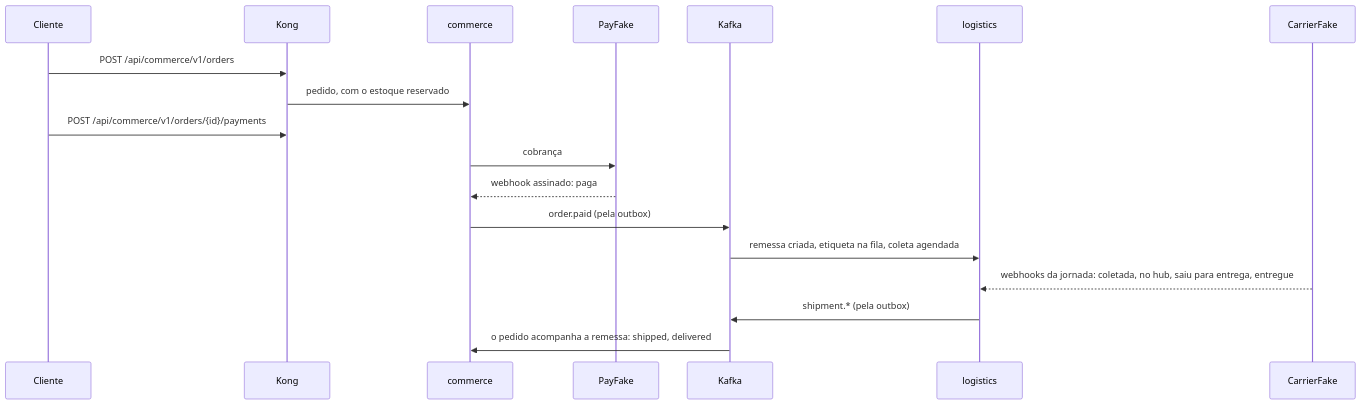
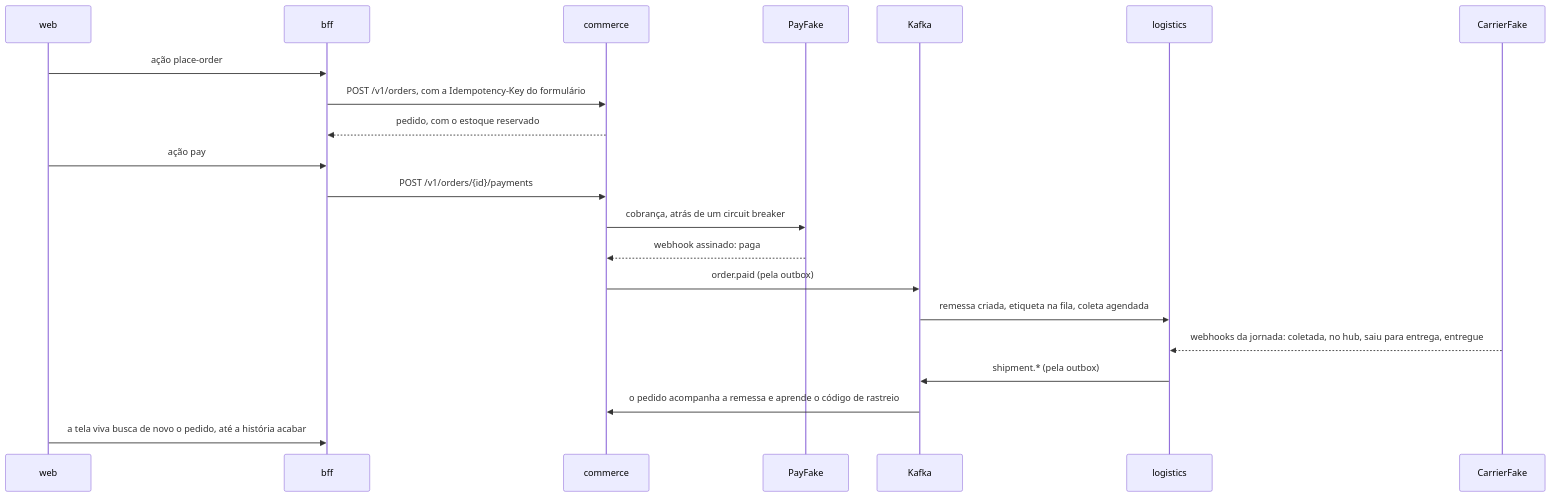
Before and after one commit to flaviotinococoutinho/Tucano_vibe_chaos: the diagram in README.md, drawn with Mermaid. The commit also changed other lines of this file and 15 other files, not shown here.

````diff
--- a/README.md
+++ b/README.md
@@ -40,20 +63,23 @@
 ```mermaid
 sequenceDiagram
-  participant C as Cliente
-  participant K as Kong
+  participant W as web
+  participant B as bff
   participant CO as commerce
   participant P as PayFake
   participant KF as Kafka
   participant L as logistics
   participant T as CarrierFake
-  C->>K: POST /api/commerce/v1/orders
-  K->>CO: pedido, com o estoque reservado
-  C->>K: POST /api/commerce/v1/orders/{id}/payments
-  CO->>P: cobrança
+  W->>B: ação place-order
+  B->>CO: POST /v1/orders, com a Idempotency-Key do formulário
+  CO-->>B: pedido, com o estoque reservado
+  W->>B: ação pay
+  B->>CO: POST /v1/orders/{id}/payments
+  CO->>P: cobrança, atrás de um circuit breaker
   P-->>CO: webhook assinado: paga
   CO->>KF: order.paid (pela outbox)
   KF->>L: remessa criada, etiqueta na fila, coleta agendada
   T-->>L: webhooks da jornada: coletada, no hub, saiu para entrega, entregue
   L->>KF: shipment.* (pela outbox)
-  KF->>CO: o pedido acompanha a remessa: shipped, delivered
+  KF->>CO: o pedido acompanha a remessa e aprende o código de rastreio
+  W->>B: a tela viva busca de novo o pedido, até a história acabar
 ```
````
